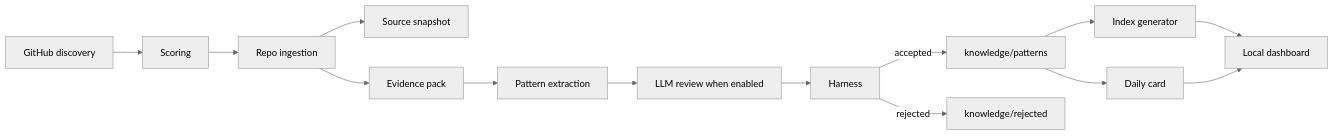
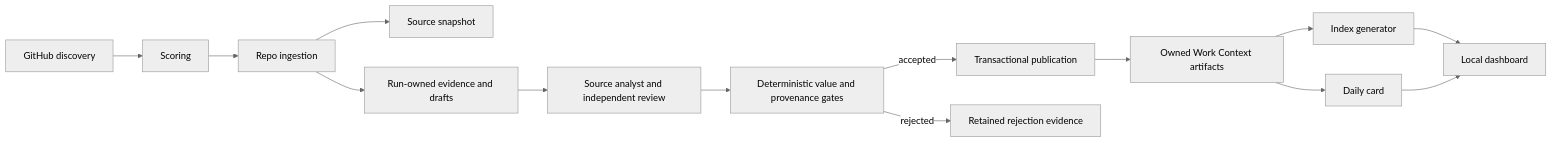
Before and after one commit to libenxier-beep/github-pattern-knowledge: the diagram in docs/architecture.md, drawn with Mermaid (neutral theme). The commit also changed other lines of this file and 23 other files, not shown here.

````diff
--- a/docs/architecture.md
+++ b/docs/architecture.md
@@ -19,16 +19,16 @@
 ```mermaid
 flowchart LR
   A["GitHub discovery"] --> B["Scoring"]
   B --> C["Repo ingestion"]
   C --> D["Source snapshot"]
-  C --> E["Evidence pack"]
-  E --> F["Pattern extraction"]
-  F --> G["LLM review when enabled"]
-  G --> H["Harness"]
-  H -->|accepted| I["knowledge/patterns"]
-  H -->|rejected| J["knowledge/rejected"]
+  C --> E["Run-owned evidence and drafts"]
+  E --> F["Source analyst and independent review"]
+  F --> G["Deterministic value and provenance gates"]
+  G -->|accepted| H["Transactional publication"]
+  G -->|rejected| J["Retained rejection evidence"]
+  H --> I["Owned Work Context artifacts"]
   I --> K["Index generator"]
   I --> L["Daily card"]
   K --> M["Local dashboard"]
   L --> M
 ```
````
